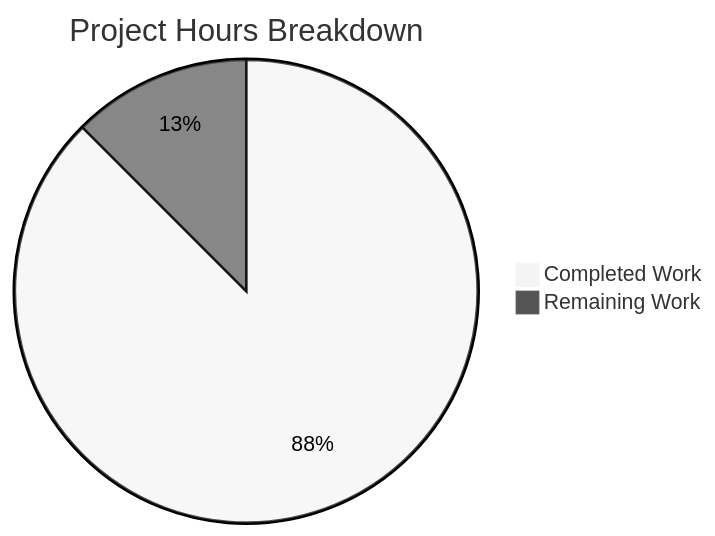
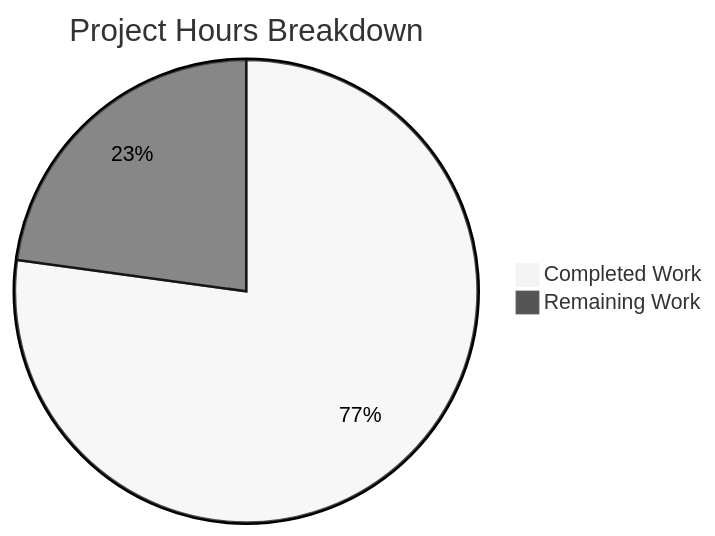
Before and after one commit to Blitzy-Sandbox/blitzy-SplendidCRM: the second of 2 diagrams in blitzy/documentation/Project Guide.md, drawn with Mermaid (neutral theme). The commit also changed other lines of this file, not shown here.

Commit message:
Adding Blitzy Project Guide: Project Status and Human Tasks Remaining

````diff
--- a/blitzy/documentation/Project Guide.md
+++ b/blitzy/documentation/Project Guide.md
@@ -231,5 +220,5 @@
 ```mermaid
 pie title Project Hours Breakdown
-    "Completed Work" : 196
-    "Remaining Work" : 28
+    "Completed Work" : 152
+    "Remaining Work" : 45
 ```
````
